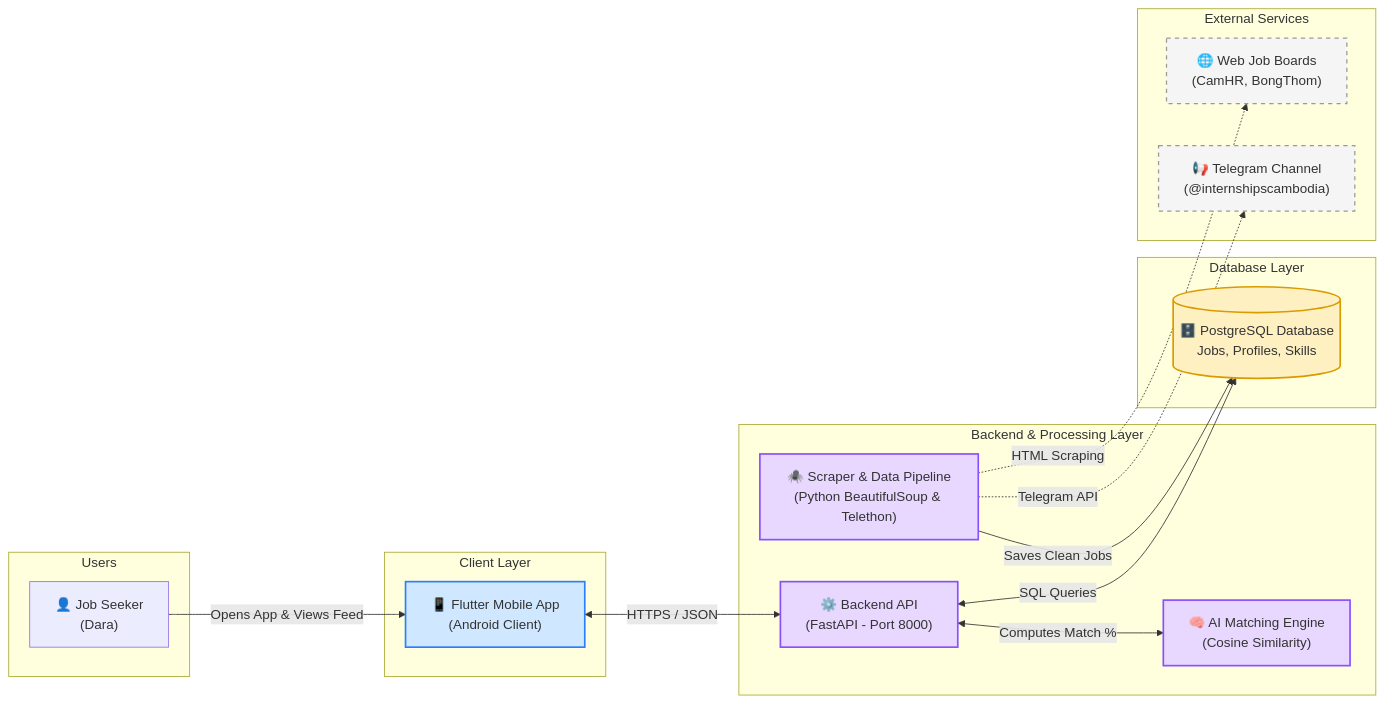
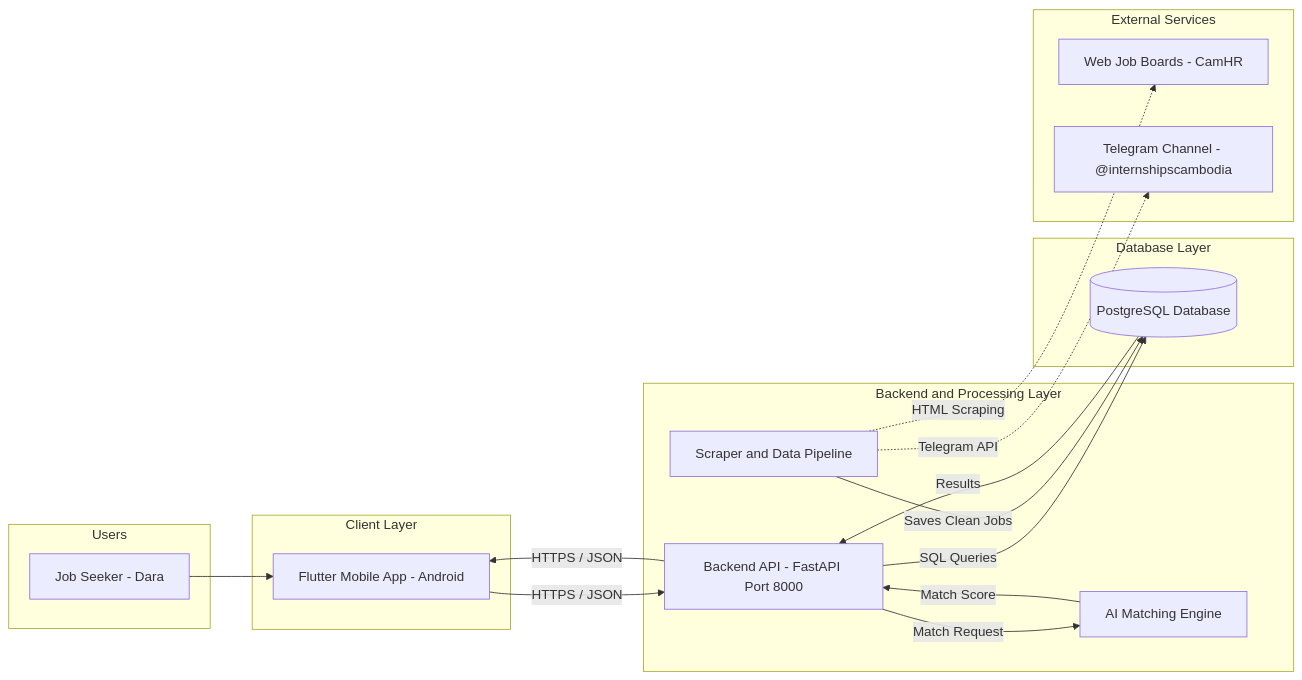
One commit to RETH-CHANRITH/project-practicum-blueprint changed the diagram in context/phase-03/02_system_architecture_map.md. Above: the diagram before and after it, drawn with Mermaid. The commit also changed 1 other file, not shown here.

Commit message:
fix(phase-03): simplify Mermaid syntax for GitHub diagram rendering

````diff
--- a/context/phase-03/02_system_architecture_map.md
+++ b/context/phase-03/02_system_architecture_map.md
@@ -16,41 +16,36 @@
 ```mermaid
-graph LR
-    subgraph Users ["Users"]
-        User["👤 Job Seeker<br>(Dara)"]
+flowchart LR
+    subgraph Users [Users]
+        User[Job Seeker - Dara]
     end
 
-    subgraph Client ["Client Layer"]
-        App["📱 Flutter Mobile App<br>(Android Client)"]
+    subgraph Client [Client Layer]
+        App[Flutter Mobile App - Android]
     end
 
-    subgraph Server ["Backend & Processing Layer"]
-        API["⚙️ Backend API<br>(FastAPI - Port 8000)"]
-        AI["🧠 AI Matching Engine<br>(Cosine Similarity)"]
-        Scraper["🕷️ Scraper & Data Pipeline<br>(Python BeautifulSoup & Telethon)"]
+    subgraph Server [Backend and Processing Layer]
+        API[Backend API - FastAPI Port 8000]
+        AI[AI Matching Engine]
+        Scraper[Scraper and Data Pipeline]
     end
 
-    subgraph Storage ["Database Layer"]
-        DB[("🗄️ PostgreSQL Database<br>Jobs, Profiles, Skills")]
+    subgraph Storage [Database Layer]
+        DB[(PostgreSQL Database)]
     end
 
-    subgraph External ["External Services"]
-        WebJobs["🌐 Web Job Boards<br>(CamHR, BongThom)"]
-        Telegram["📢 Telegram Channel<br>(@internshipscambodia)"]
+    subgraph External [External Services]
+        WebJobs[Web Job Boards - CamHR]
+        Telegram[Telegram Channel - @internshipscambodia]
     end
 
-    User -->|Opens App & Views Feed| App
-    App <-->|HTTPS / JSON| API
-    API <-->|SQL Queries| DB
-    API <-->|Computes Match %| AI
+    User --> App
+    App -->|HTTPS / JSON| API
+    API -->|HTTPS / JSON| App
+    API -->|SQL Queries| DB
+    DB -->|Results| API
+    API -->|Match Request| AI
+    AI -->|Match Score| API
     Scraper -->|Saves Clean Jobs| DB
     Scraper -.->|HTML Scraping| WebJobs
     Scraper -.->|Telegram API| Telegram
-
-    style App fill:#d0e8ff,stroke:#2b7fff,stroke-width:2px;
-    style API fill:#e8d8ff,stroke:#8a4fff,stroke-width:2px;
-    style AI fill:#e8d8ff,stroke:#8a4fff,stroke-width:2px;
-    style Scraper fill:#e8d8ff,stroke:#8a4fff,stroke-width:2px;
-    style DB fill:#fff0c2,stroke:#d99b00,stroke-width:2px;
-    style WebJobs fill:#f5f5f5,stroke:#999,stroke-width:1.5px,stroke-dasharray: 5 5;
-    style Telegram fill:#f5f5f5,stroke:#999,stroke-width:1.5px,stroke-dasharray: 5 5;
 ```
````
